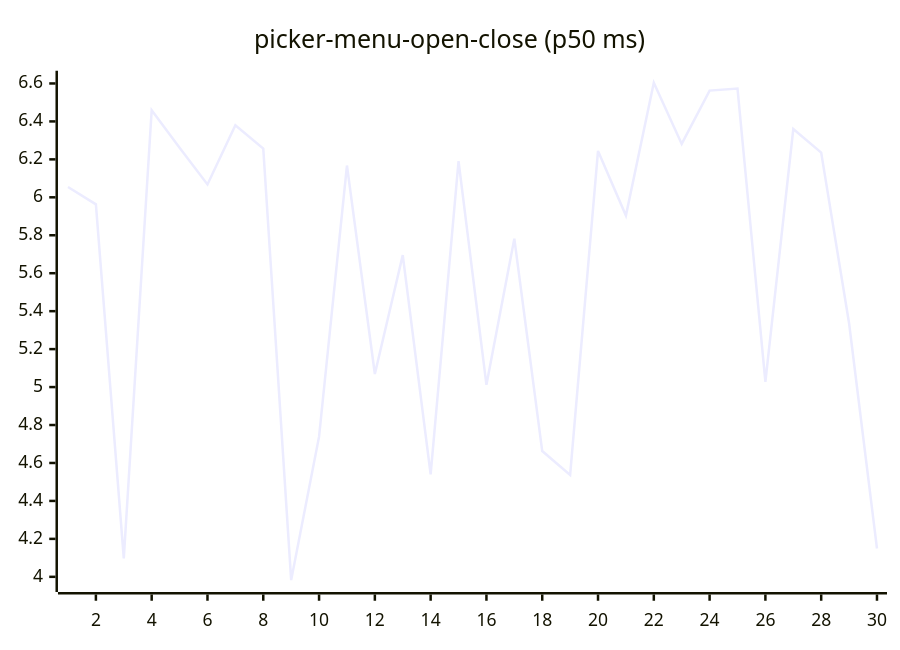
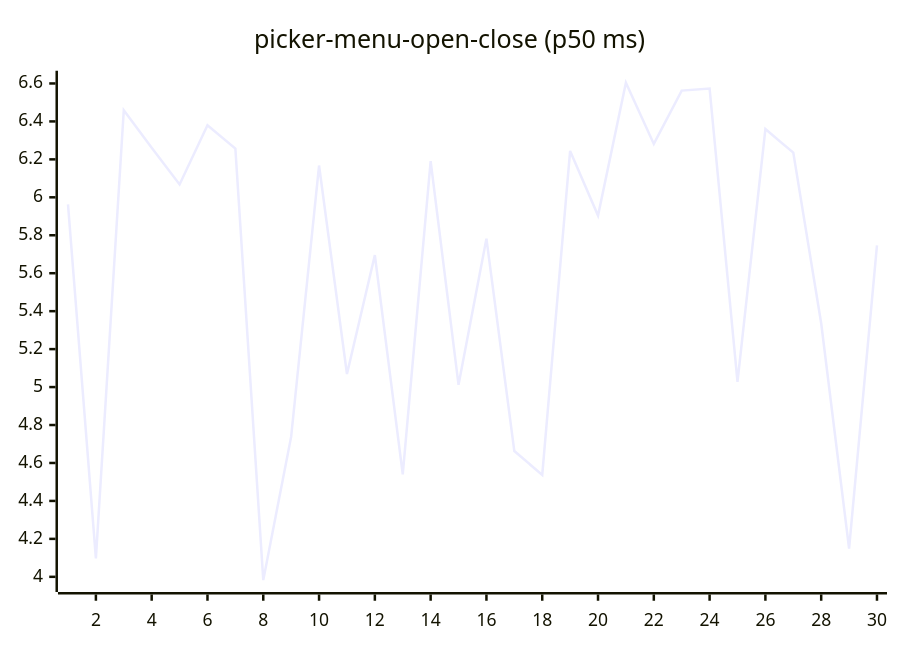
Diagram 16 of 27 in README.md (josha/Facet), drawn with Mermaid before and after one commit. The commit also changed other lines of this file and 2 other files, not shown here.

````diff
--- a/README.md
+++ b/README.md
@@ -168,6 +168,6 @@
 ```mermaid
 xychart-beta
     title "picker-menu-open-close (p50 ms)"
     x-axis 1 --> 30
-    line [6.0543, 5.9629, 4.0972, 6.4594, 6.2618, 6.0678, 6.3801, 6.2569, 3.9826, 4.7388, 6.1676, 5.0690, 5.6954, 4.5402, 6.1912, 5.0120, 5.7822, 4.6627, 4.5372, 6.2442, 5.9038, 6.6044, 6.2815, 6.5623, 6.5728, 5.0278, 6.3599, 6.2355, 5.3362, 4.1492]
+    line [5.9629, 4.0972, 6.4594, 6.2618, 6.0678, 6.3801, 6.2569, 3.9826, 4.7388, 6.1676, 5.0690, 5.6954, 4.5402, 6.1912, 5.0120, 5.7822, 4.6627, 4.5372, 6.2442, 5.9038, 6.6044, 6.2815, 6.5623, 6.5728, 5.0278, 6.3599, 6.2355, 5.3362, 4.1492, 5.7473]
 ```
````
